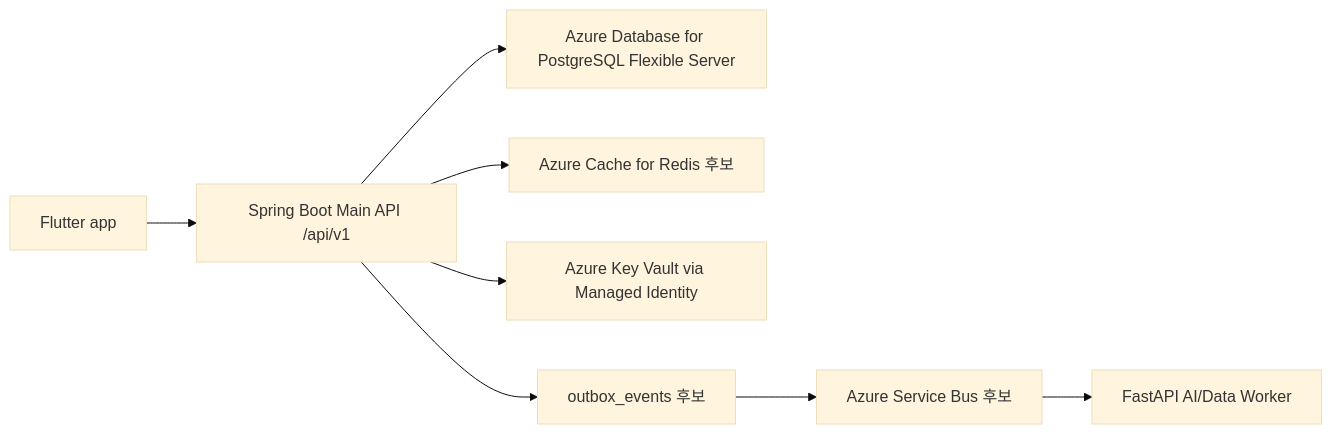
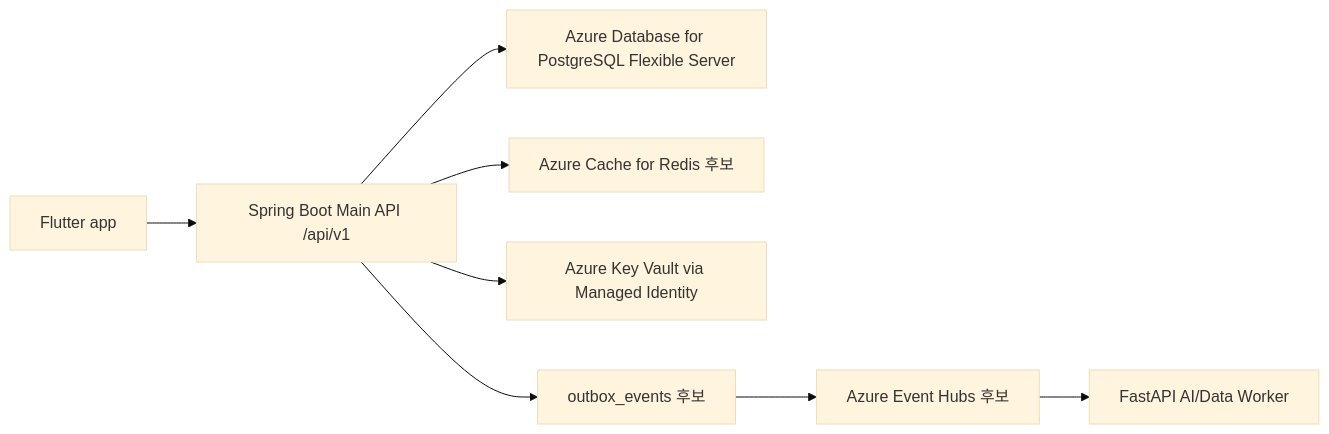
The diagram in docs/architecture/user-profile-character-friends-architecture.md (Onieum/ONMU), drawn with Mermaid (base theme) before and after one commit. The commit also changed other lines of this file and 71 other files, not shown here.

````diff
--- a/docs/architecture/user-profile-character-friends-architecture.md
+++ b/docs/architecture/user-profile-character-friends-architecture.md
@@ -93,10 +93,10 @@
 ```mermaid
 flowchart LR
   Flutter["Flutter app"] --> API["Spring Boot Main API /api/v1"]
   API --> PG["Azure Database for PostgreSQL Flexible Server"]
   API --> Redis["Azure Cache for Redis 후보"]
   API --> KV["Azure Key Vault via Managed Identity"]
   API --> Outbox["outbox_events 후보"]
-  Outbox --> Bus["Azure Service Bus 후보"]
+  Outbox --> Bus["Azure Event Hubs 후보"]
   Bus --> Worker["FastAPI AI/Data Worker"]
 ```
````
